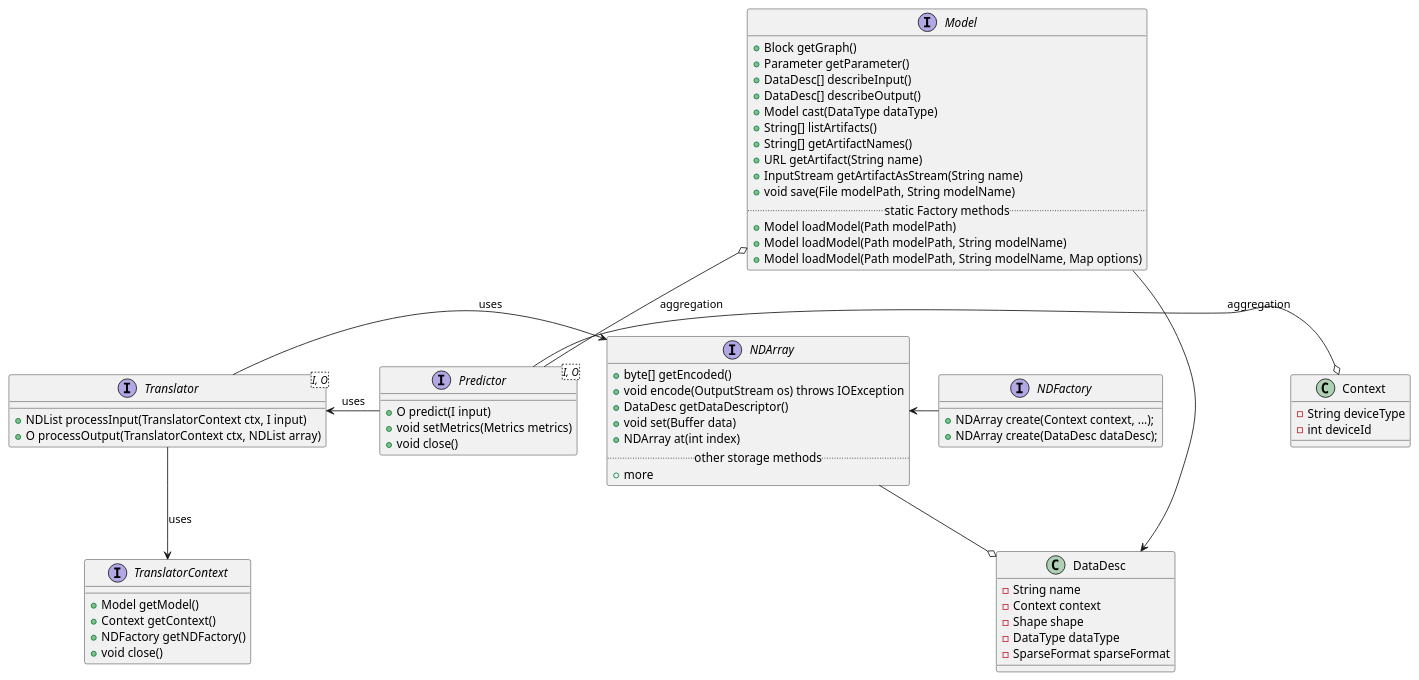
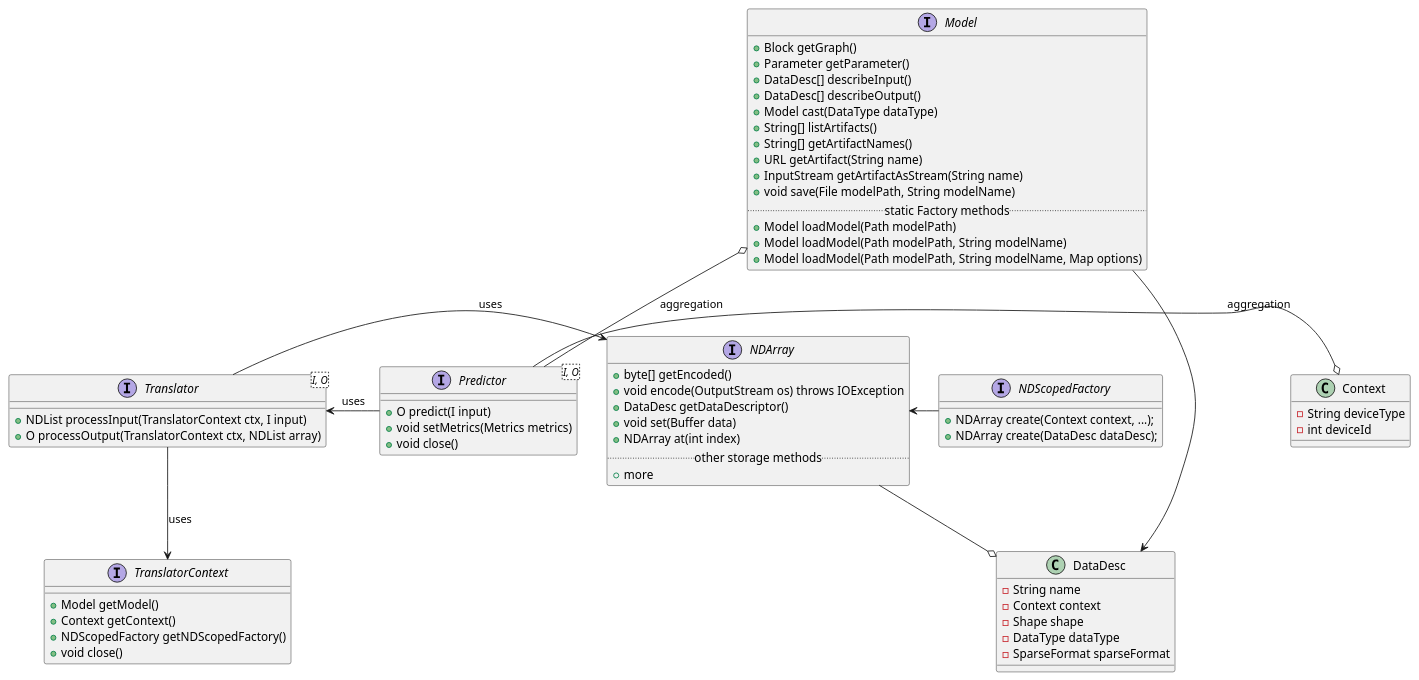
Before and after one commit to deepjavalibrary/djl: the diagram in api/src/main/uml/Inference.puml, drawn with PlantUML. The commit also changed 29 other files, not shown here.

Commit message:
Rename NDFactory to NDScopedFactory

```diff
--- a/api/src/main/uml/Inference.puml
+++ b/api/src/main/uml/Inference.puml
@@ -1,74 +1,74 @@
 @startuml
 class Context {
 	-String deviceType
 	-int deviceId
 }
 
 class DataDesc {
 	-String name
 	-Context context
 	-Shape shape
 	-DataType dataType
 	-SparseFormat sparseFormat
 }
 
 interface Model {
     +Block getGraph()
     +Parameter getParameter()
     +DataDesc[] describeInput()
     +DataDesc[] describeOutput()
     +Model cast(DataType dataType)
     +String[] listArtifacts()
     +String[] getArtifactNames()
     +URL getArtifact(String name)
     +InputStream getArtifactAsStream(String name)
     +void save(File modelPath, String modelName)
 	.. static Factory methods ..
     +Model loadModel(Path modelPath)
     +Model loadModel(Path modelPath, String modelName)
     +Model loadModel(Path modelPath, String modelName, Map options)
 }
 
 interface Translator<I, O> {
     +NDList processInput(TranslatorContext ctx, I input)
     +O processOutput(TranslatorContext ctx, NDList array)
 }
 
 interface Predictor<I, O> {
     +O predict(I input)
     +void setMetrics(Metrics metrics)
     +void close()
 }
 
 interface TranslatorContext {
     +Model getModel()
     +Context getContext()
-    +NDFactory getNDFactory()
+    +NDScopedFactory getNDScopedFactory()
     +void close()
 }
 
-interface NDFactory {
+interface NDScopedFactory {
     +NDArray create(Context context, ...);
     +NDArray create(DataDesc dataDesc);
 }
 
 interface NDArray {
     +byte[] getEncoded()
     +void encode(OutputStream os) throws IOException
     +DataDesc getDataDescriptor()
     +void set(Buffer data)
     +NDArray at(int index)
 	.. other storage methods ..
     +more
 }
 
 Model -right-> DataDesc
 Model o-down- Predictor : aggregation
 Predictor -right-o Context : aggregation
 Predictor -right-> Translator : uses
 Translator -right-> NDArray : uses
 Translator --> TranslatorContext : uses
-NDFactory -left-> NDArray
+NDScopedFactory -left-> NDArray
 NDArray -down-o DataDesc
 
 @enduml
```
